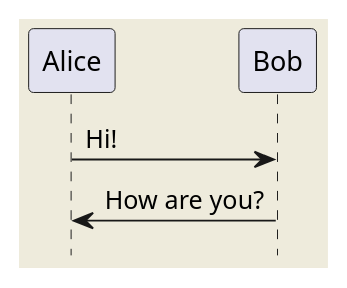
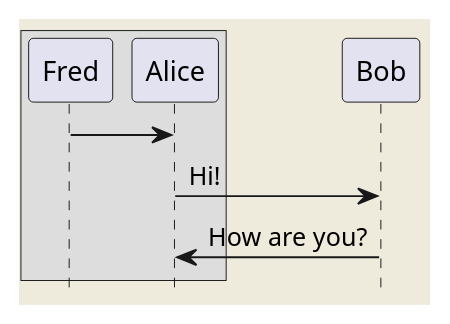
One commit to mark-nicol/test-public-docs changed the diagram in docs/source/diagrams/test.puml. Above: the diagram before and after it, drawn with PlantUML. The commit also changed 5 other files, not shown here.

Commit message:
adding in initial versions of 3 new diagrams

```diff
--- a/docs/source/diagrams/test.puml
+++ b/docs/source/diagrams/test.puml
@@ -2,6 +2,9 @@
    @startuml
+   box
+   Fred -> Alice
+   end box
    skinparam backgroundColor #EEEBDC
    Alice -> Bob: Hi!
    Alice <- Bob: How are you?
    hide footbox
    @enduml
```
